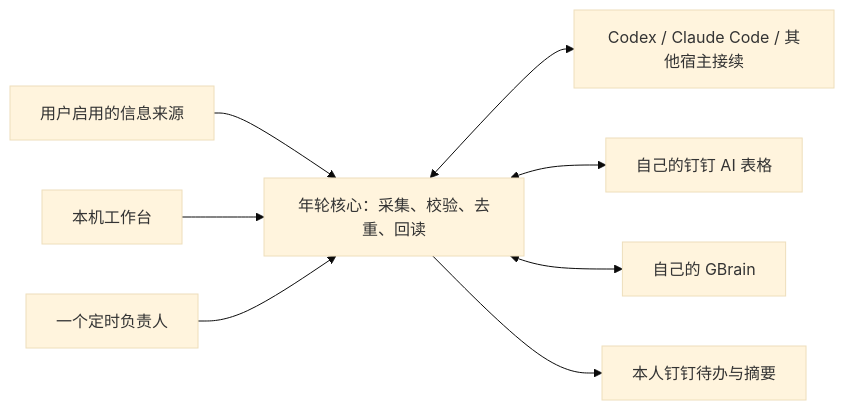
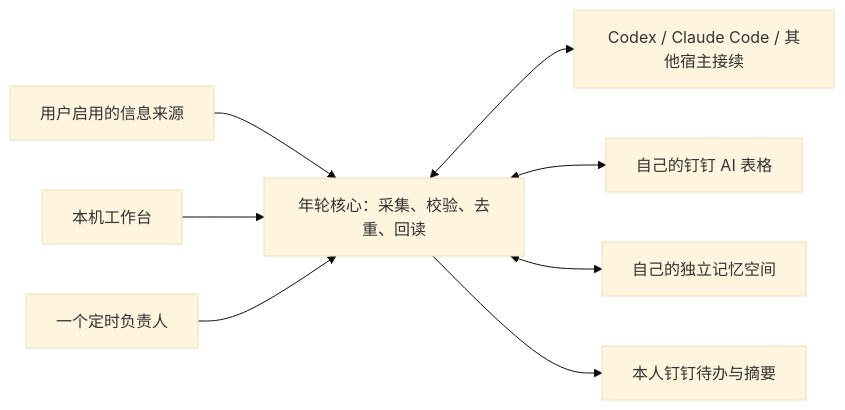
The diagram in README.md (BetterZflyee/nianlun), drawn with Mermaid (base theme) before and after one commit. The commit also changed other lines of this file and 32 other files, not shown here.

````diff
--- a/README.md
+++ b/README.md
@@ -16,10 +16,10 @@
 ```mermaid
 flowchart LR
   Sources[用户启用的信息来源] --> Core[年轮核心：采集、校验、去重、回读]
   UI[本机工作台] --> Core
   Timer[一个定时负责人] --> Core
   Core <--> Host[Codex / Claude Code / 其他宿主接续]
   Core <--> Table[自己的钉钉 AI 表格]
-  Core <--> Brain[自己的 GBrain]
+  Core <--> Brain[自己的独立记忆空间]
   Core --> Todo[本人钉钉待办与摘要]
 ```
````
